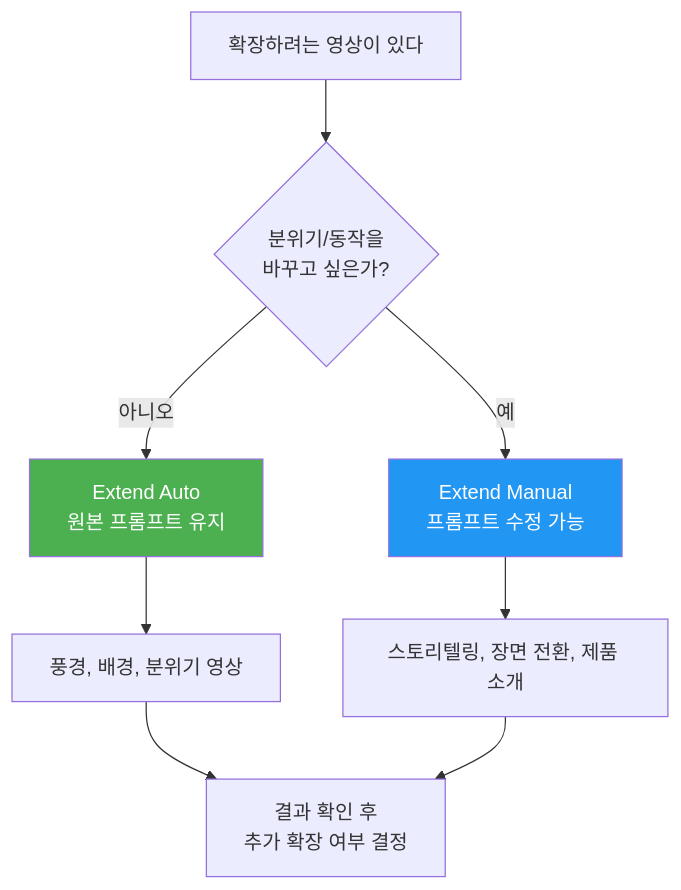
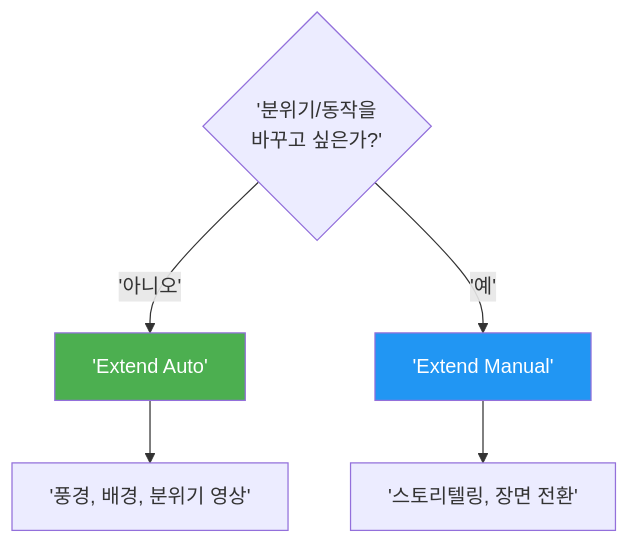
Before and after one commit to jsonpassion/forge-tutorial-promptcanvas: the second of 3 diagrams in 10-ch10-midjourney-영상-생성/04-04-영상-확장과-반복-생성.md, drawn with Mermaid. The commit also changed other lines of this file and 63 other files, not shown here.

````diff
--- a/10-ch10-midjourney-영상-생성/04-04-영상-확장과-반복-생성.md
+++ b/10-ch10-midjourney-영상-생성/04-04-영상-확장과-반복-생성.md
@@ -66,16 +31,11 @@
 ```mermaid
 flowchart TD
-    Q["확장하려는 영상이 있다"]
-    Q --> Q1{"분위기/동작을<br/>바꾸고 싶은가?"}
-    Q1 -->|"아니오"| A["Extend Auto<br/>원본 프롬프트 유지"]
-    Q1 -->|"예"| M["Extend Manual<br/>프롬프트 수정 가능"]
-
-    A --> A1["풍경, 배경, 분위기 영상"]
-    M --> M1["스토리텔링, 장면 전환, 제품 소개"]
-
-    A1 --> R["결과 확인 후<br/>추가 확장 여부 결정"]
-    M1 --> R
+    Q{'분위기/동작을<br/>바꾸고 싶은가?'}
+    Q -->|'아니오'| A['Extend Auto']
+    Q -->|'예'| M['Extend Manual']
+    A --> A1['풍경, 배경, 분위기 영상']
+    M --> M1['스토리텔링, 장면 전환']
 
     style A fill:#4CAF50,color:#fff
     style M fill:#2196F3,color:#fff
 ```
````
